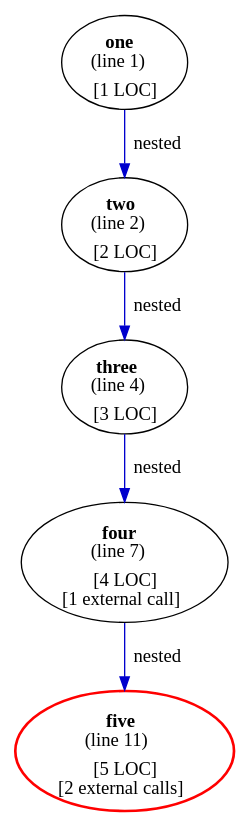
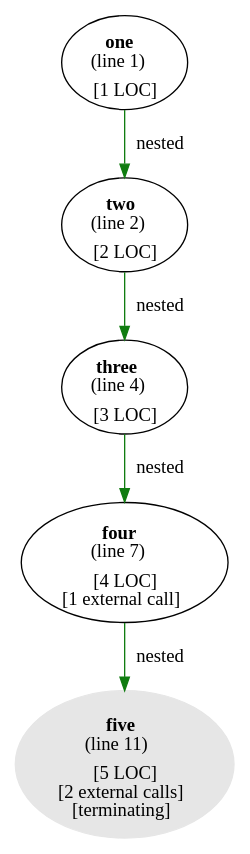
Before and after one commit to microsoft/cmd-call-graph: the diagram in examples/loc.dot, drawn with Graphviz. The commit also changed 7 other files, not shown here.

```diff
--- a/examples/loc.dot
+++ b/examples/loc.dot
@@ -1,11 +1,11 @@
 digraph g {
-"five" [label=<<b>five</b><br/>(line 11)<br/><sub>[5 LOC]</sub><br/><sub>[2 external calls]</sub>>,color=red,penwidth=2]
+"five" [color="#e6e6e6",style=filled,label=<<b>five</b><br/>(line 11)<br/><sub>[5 LOC]</sub><br/><sub>[2 external calls]</sub><br/><sub>[terminating]</sub>>]
 "four" [label=<<b>four</b><br/>(line 7)<br/><sub>[4 LOC]</sub><br/><sub>[1 external call]</sub>>]
-"four" -> "five" [label=nested,color=blue3]
+"four" -> "five" [label=" nested",color="#107c10"]
 "one" [label=<<b>one</b><br/>(line 1)<br/><sub>[1 LOC]</sub>>]
-"one" -> "two" [label=nested,color=blue3]
+"one" -> "two" [label=" nested",color="#107c10"]
 "three" [label=<<b>three</b><br/>(line 4)<br/><sub>[3 LOC]</sub>>]
-"three" -> "four" [label=nested,color=blue3]
+"three" -> "four" [label=" nested",color="#107c10"]
 "two" [label=<<b>two</b><br/>(line 2)<br/><sub>[2 LOC]</sub>>]
-"two" -> "three" [label=nested,color=blue3]
+"two" -> "three" [label=" nested",color="#107c10"]
 }
```
